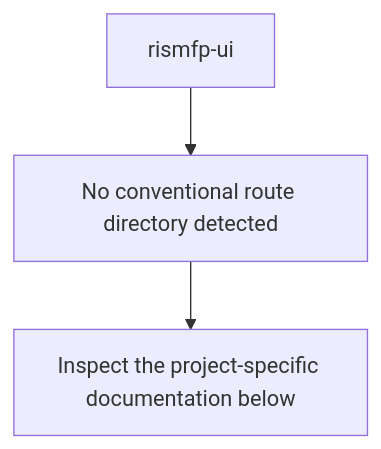
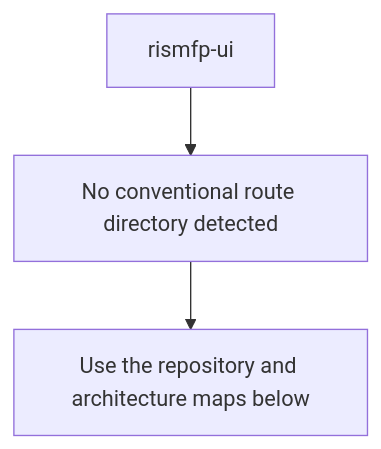
Before and after one commit to Nischhalsubba/rismfp-ui: the second of 5 diagrams in README.md, drawn with Mermaid. The commit also changed other lines of this file, not shown here.

````diff
--- a/README.md
+++ b/README.md
@@ -53,6 +82,6 @@
 ```mermaid
 flowchart TD
     APP["rismfp-ui"]
     APP --> SOURCE["No conventional route directory detected"]
-    SOURCE --> VERIFY["Inspect the project-specific documentation below"]
+    SOURCE --> GUIDE["Use the repository and architecture maps below"]
 ```
````
